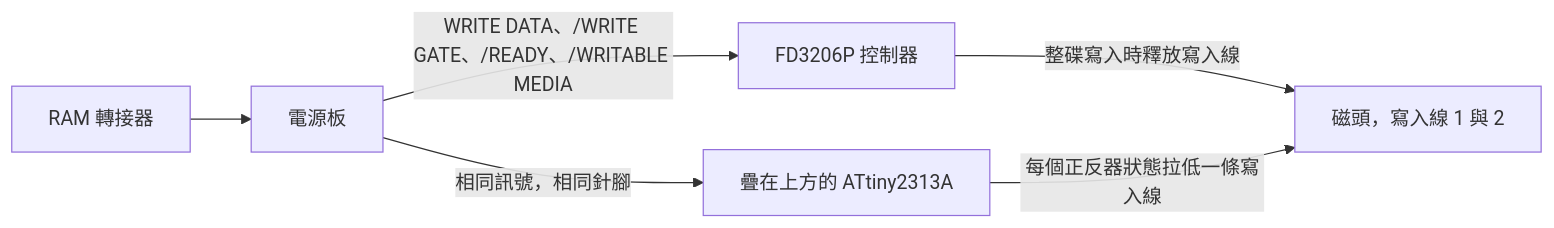
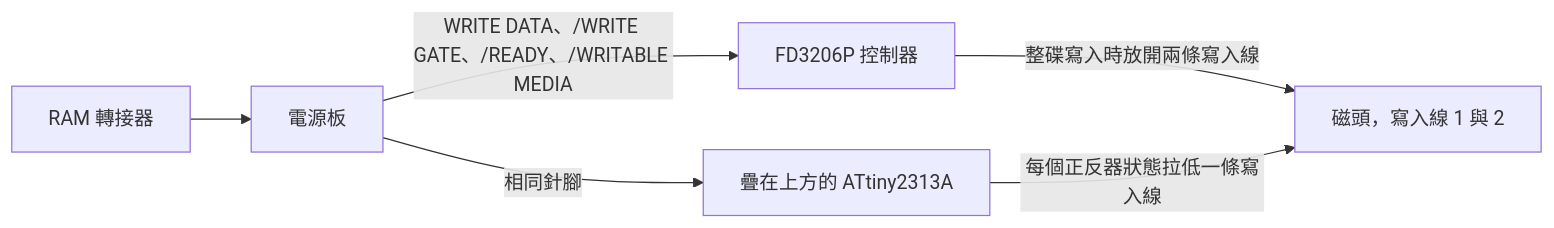
One commit to gufranco/fd3206-write-unlock changed the diagram in README.zh-HK.md. Above: the diagram before and after it, drawn with Mermaid. The commit also changed other lines of this file and 3 other files, not shown here.

````diff
--- a/README.zh-HK.md
+++ b/README.zh-HK.md
@@ -109,8 +107,8 @@
 ```mermaid
 graph LR
     RAM[RAM 轉接器] --> PWR[電源板]
     PWR -->|WRITE DATA、/WRITE GATE、/READY、/WRITABLE MEDIA| FD[FD3206P 控制器]
-    PWR -->|相同訊號，相同針腳| AT[疊在上方的 ATtiny2313A]
-    FD -->|整碟寫入時釋放寫入線| HEAD[磁頭，寫入線 1 與 2]
+    PWR -->|相同針腳| AT[疊在上方的 ATtiny2313A]
+    FD -->|整碟寫入時放開兩條寫入線| HEAD[磁頭，寫入線 1 與 2]
     AT -->|每個正反器狀態拉低一條寫入線| HEAD
 ```
````
